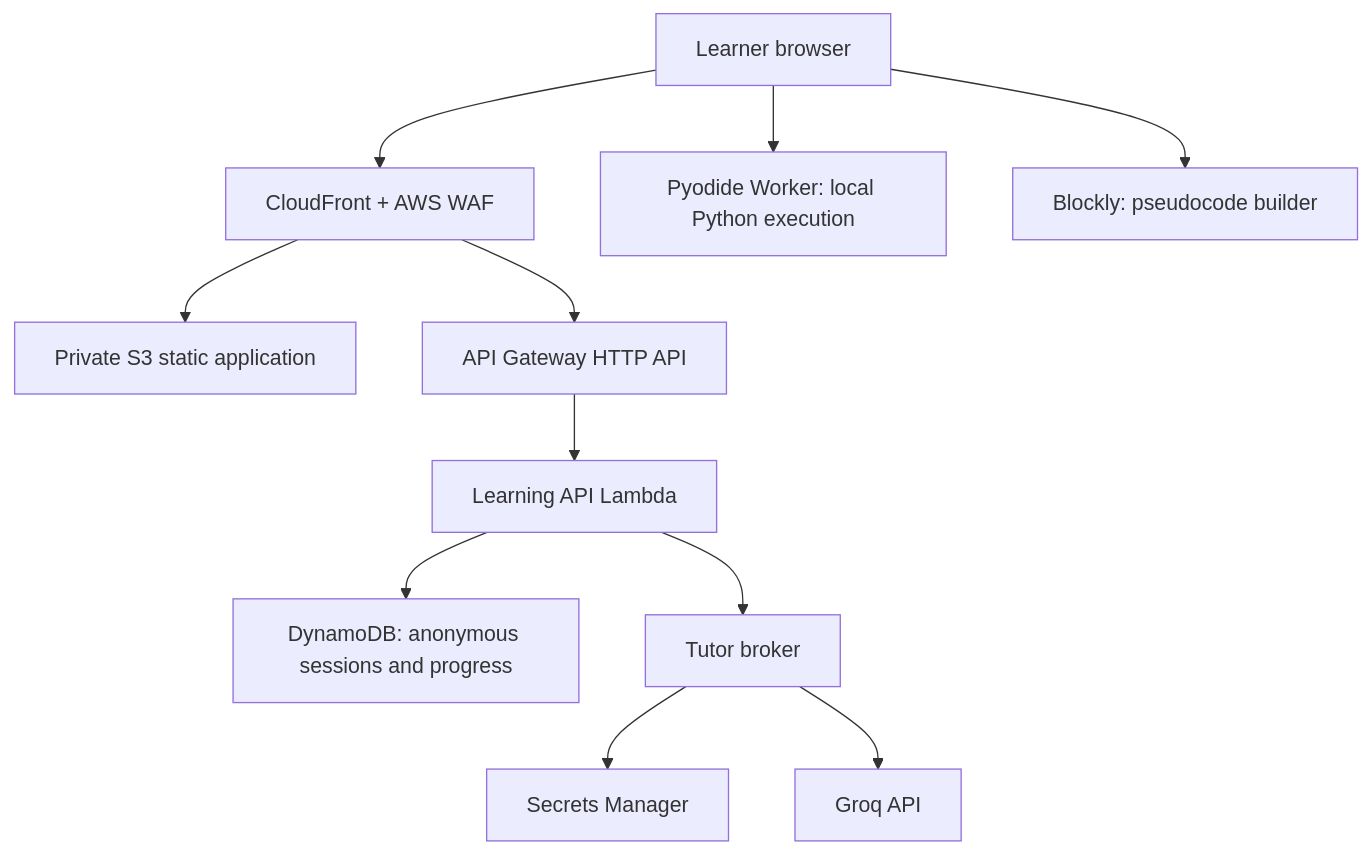
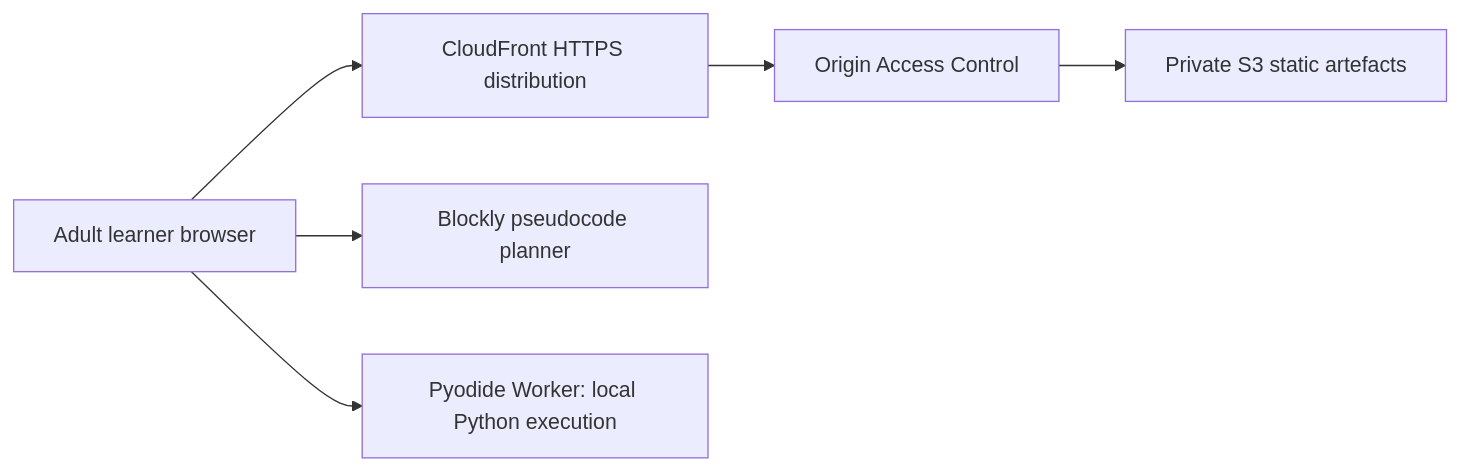
Before and after one commit to punsnprotons/codelah: the diagram in docs/SYSTEM_ARCHITECTURE.md, drawn with Mermaid. The commit also changed other lines of this file and 10 other files, not shown here.

````diff
--- a/docs/SYSTEM_ARCHITECTURE.md
+++ b/docs/SYSTEM_ARCHITECTURE.md
@@ -11,25 +11,13 @@
 ```mermaid
-flowchart TB
-  L["Learner browser"]
-  C["CloudFront + AWS WAF"]
-  S["Private S3 static application"]
-  G["API Gateway HTTP API"]
-  A["Learning API Lambda"]
-  D["DynamoDB: anonymous sessions and progress"]
-  M["Secrets Manager"]
-  T["Tutor broker"]
-  P["Groq API"]
+flowchart LR
+  L["Adult learner browser"]
+  C["CloudFront HTTPS distribution"]
+  O["Origin Access Control"]
+  S["Private S3 static artefacts"]
+  B["Blockly pseudocode planner"]
   W["Pyodide Worker: local Python execution"]
-  B["Blockly: pseudocode builder"]
 
-  L --> C
-  C --> S
-  C --> G
-  G --> A
-  A --> D
-  A --> T
-  T --> M
-  T --> P
+  L --> C --> O --> S
+  L --> B
   L --> W
-  L --> B
 ```
````
